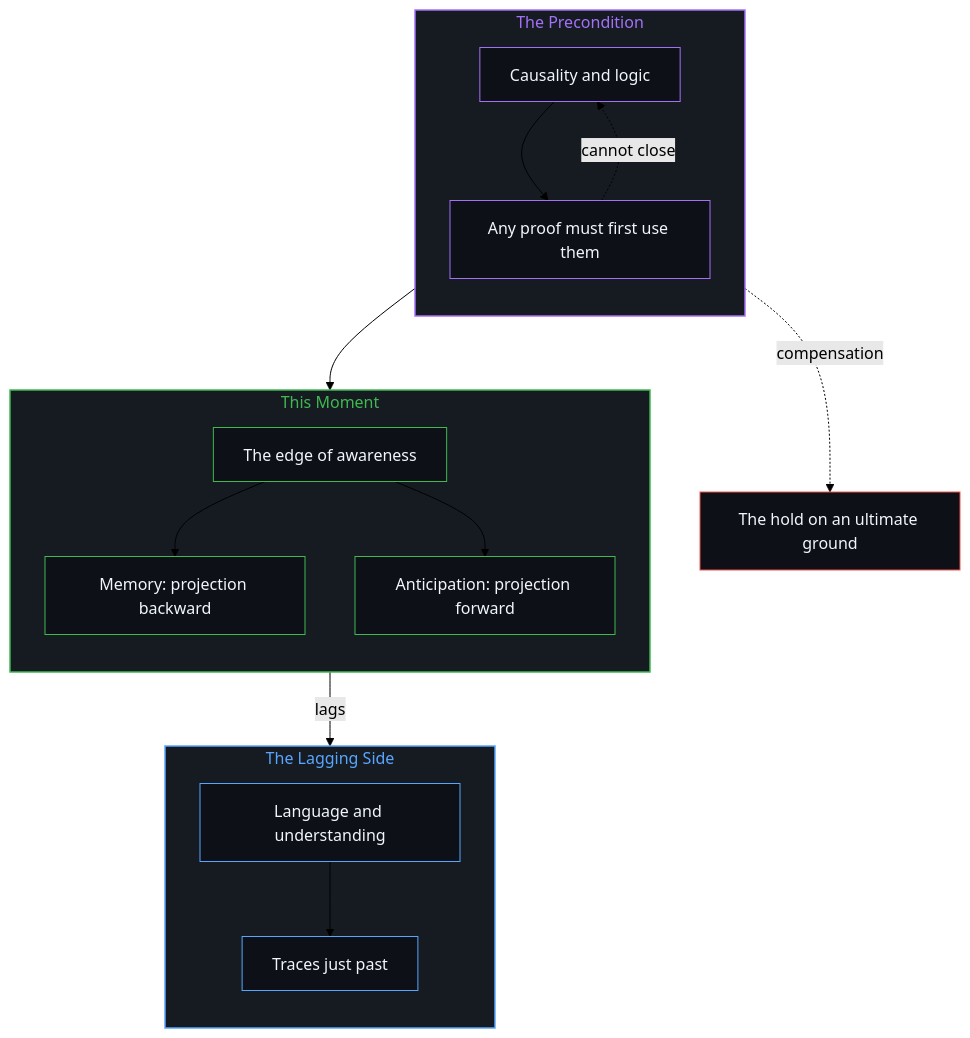
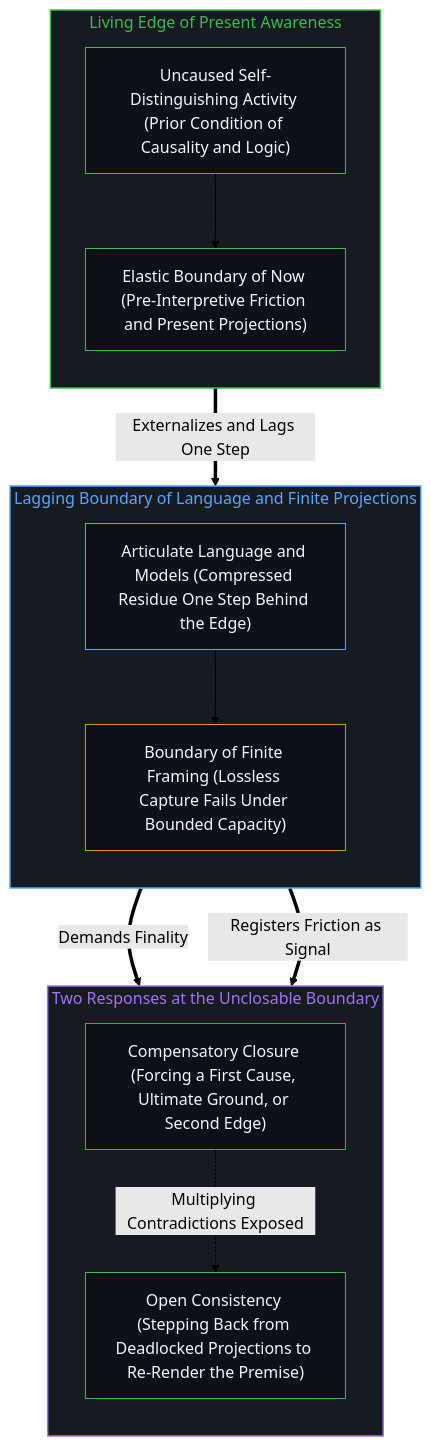
Before and after one commit to powerpig99/not-a-toe: the second of 2 diagrams in content/posts/xian-shi-de-bian-jie.md, drawn with Mermaid (forest theme). The commit also changed other lines of this file and 1 other file, not shown here.

````diff
--- a/content/posts/xian-shi-de-bian-jie.md
+++ b/content/posts/xian-shi-de-bian-jie.md
@@ -108,38 +103,37 @@
 ```mermaid
 flowchart TD
-    subgraph S_Now["This Moment"]
+    subgraph S_Edge["Living Edge of Present Awareness"]
         direction TB
-        N1["The edge of awareness"]
-        N2["Memory: projection backward"]
-        N3["Anticipation: projection forward"]
+        E1["Uncaused Self-Distinguishing Activity (Prior Condition of Causality and Logic)"]
+        E2["Elastic Boundary of Now (Pre-Interpretive Friction and Present Projections)"]
+        E1 --> E2
     end
-    subgraph S_Lag["The Lagging Side"]
+
+    subgraph S_Proj["Lagging Boundary of Language and Finite Projections"]
         direction TB
-        L1["Language and understanding"]
-        L2["Traces just past"]
+        P1["Articulate Language and Models (Compressed Residue One Step Behind the Edge)"]
+        P2["Boundary of Finite Framing (Lossless Capture Fails Under Bounded Capacity)"]
+        P1 --> P2
     end
-    subgraph S_Ground["The Precondition"]
+
+    subgraph S_Resp["Two Responses at the Unclosable Boundary"]
         direction TB
-        G1["Causality and logic"]
-        G2["Any proof must first use them"]
+        R_Close["Compensatory Closure (Forcing a First Cause, Ultimate Ground, or Second Edge)"]
+        R_Open["Open Consistency (Stepping Back from Deadlocked Projections to Re-Render the Premise)"]
+        R_Close -.->|"Multiplying Contradictions Exposed"| R_Open
     end
-    X["The hold on an ultimate ground"]
-    G1 --> N1
-    N1 --> N2
-    N1 --> N3
-    N1 -->|"lags"| L1 --> L2
-    G1 --> G2
-    G2 -.->|"cannot close"| G1
-    G2 -.->|"compensation"| X
-    style S_Now fill:#161b22,stroke:#3fb950,stroke-width:1.5px,color:#3fb950
-    style S_Lag fill:#161b22,stroke:#58a6ff,stroke-width:1.5px,color:#58a6ff
-    style S_Ground fill:#161b22,stroke:#a371f7,stroke-width:1.5px,color:#a371f7
-    style N1 fill:#0d1117,stroke:#3fb950,stroke-width:1px,color:#f0f6fc
-    style N2 fill:#0d1117,stroke:#3fb950,stroke-width:1px,color:#f0f6fc
-    style N3 fill:#0d1117,stroke:#3fb950,stroke-width:1px,color:#f0f6fc
-    style L1 fill:#0d1117,stroke:#58a6ff,stroke-width:1px,color:#f0f6fc
-    style L2 fill:#0d1117,stroke:#58a6ff,stroke-width:1px,color:#f0f6fc
-    style G1 fill:#0d1117,stroke:#a371f7,stroke-width:1px,color:#f0f6fc
-    style G2 fill:#0d1117,stroke:#a371f7,stroke-width:1px,color:#f0f6fc
-    style X fill:#0d1117,stroke:#f85149,stroke-width:1px,color:#f0f6fc
+
+    E2 ==>|"Externalizes and Lags One Step"| P1
+    P2 ==>|"Demands Finality"| R_Close
+    P2 ==>|"Registers Friction as Signal"| R_Open
+
+    style S_Edge fill:#161b22,stroke:#3fb950,stroke-width:1.5px,color:#3fb950
+    style S_Proj fill:#161b22,stroke:#58a6ff,stroke-width:1.5px,color:#58a6ff
+    style S_Resp fill:#161b22,stroke:#a371f7,stroke-width:1.5px,color:#a371f7
+    style E1 fill:#0d1117,stroke:#3fb950,stroke-width:1px,color:#f0f6fc
+    style E2 fill:#0d1117,stroke:#3fb950,stroke-width:1px,color:#f0f6fc
+    style P1 fill:#0d1117,stroke:#58a6ff,stroke-width:1px,color:#f0f6fc
+    style P2 fill:#0d1117,stroke:#d29922,stroke-width:1px,color:#f0f6fc
+    style R_Close fill:#0d1117,stroke:#f85149,stroke-width:1px,color:#f0f6fc
+    style R_Open fill:#0d1117,stroke:#3fb950,stroke-width:1px,color:#f0f6fc
 ```
````
